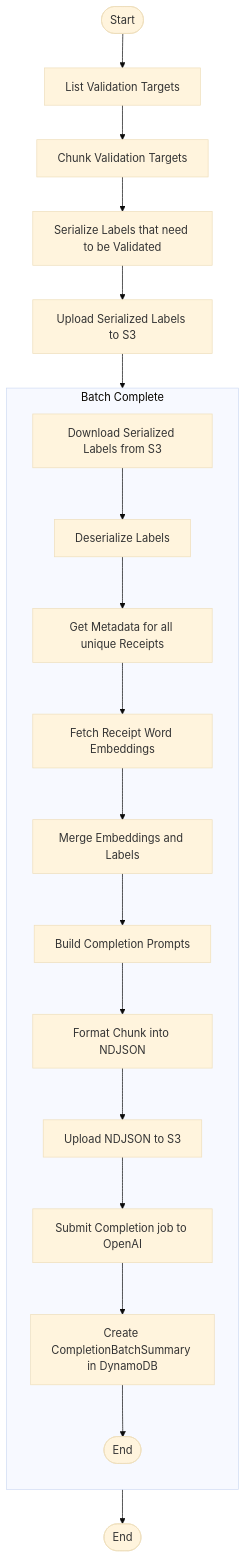
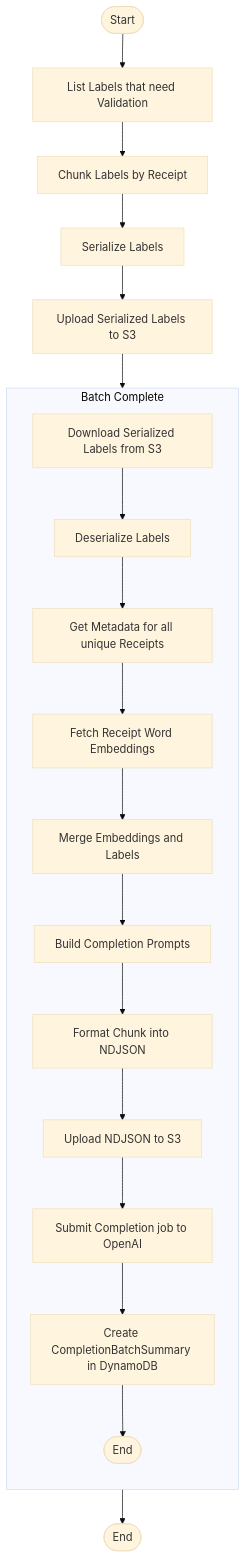
The diagram in receipt_label/receipt_label/submit_completion_batch/README.md (tnorlund/Portfolio), drawn with Mermaid (base theme) before and after one commit.

````diff
--- a/receipt_label/receipt_label/submit_completion_batch/README.md
+++ b/receipt_label/receipt_label/submit_completion_batch/README.md
@@ -91,24 +91,24 @@
 ```mermaid
 flowchart TB
-    Start([Start]) --> list_labels_that_need_validation["List Validation Targets"]
-    list_labels_that_need_validation --> chunk_labels["Chunk Validation Targets"]
-    chunk_labels --> serialize_labels["Serialize Labels that need to be Validated"]
+    Start([Start]) --> list_labels_that_need_validation["List Labels that need Validation"]
+    list_labels_that_need_validation --> chunk_labels["Chunk Labels by Receipt"]
+    chunk_labels --> serialize_labels["Serialize Labels"]
     serialize_labels --> upload_serialized_labels["Upload Serialized Labels to S3"]
     upload_serialized_labels --> batch_complete
 
     subgraph batch_complete["Batch Complete"]
         direction TB
         download_serialized_labels["Download Serialized Labels from S3"] --> deserialize_labels["Deserialize Labels"]
         deserialize_labels --> get_receipt_metadatas["Get Metadata for all unique Receipts"]
         get_receipt_metadatas --> fetch_receipt_word_embeddings["Fetch Receipt Word Embeddings"]
         fetch_receipt_word_embeddings --> JoinEmbeddingsAndLabels["Merge Embeddings and Labels"]
         JoinEmbeddingsAndLabels --> BuildPrompts["Build Completion Prompts"]
         BuildPrompts --> FormatChunk["Format Chunk into NDJSON"]
         FormatChunk --> UploadChunk["Upload NDJSON to S3"]
         UploadChunk --> SubmitCompletionJob["Submit Completion job to OpenAI"]
         SubmitCompletionJob --> CreateCompletionBatchSummary["Create CompletionBatchSummary in DynamoDB"]
         CreateCompletionBatchSummary --> End([End])
     end
 
     batch_complete --> END([End])
 ```
````
